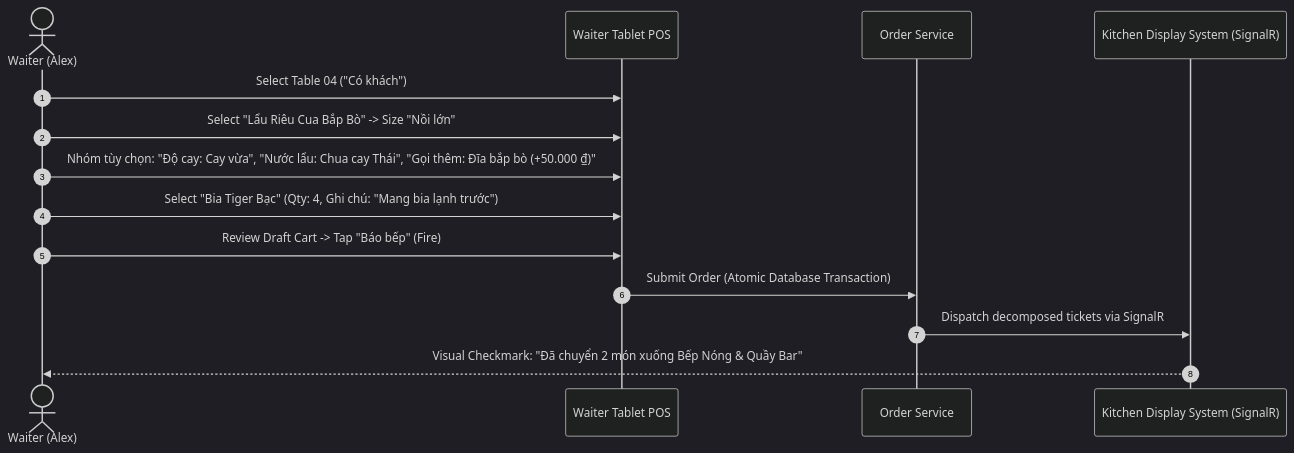
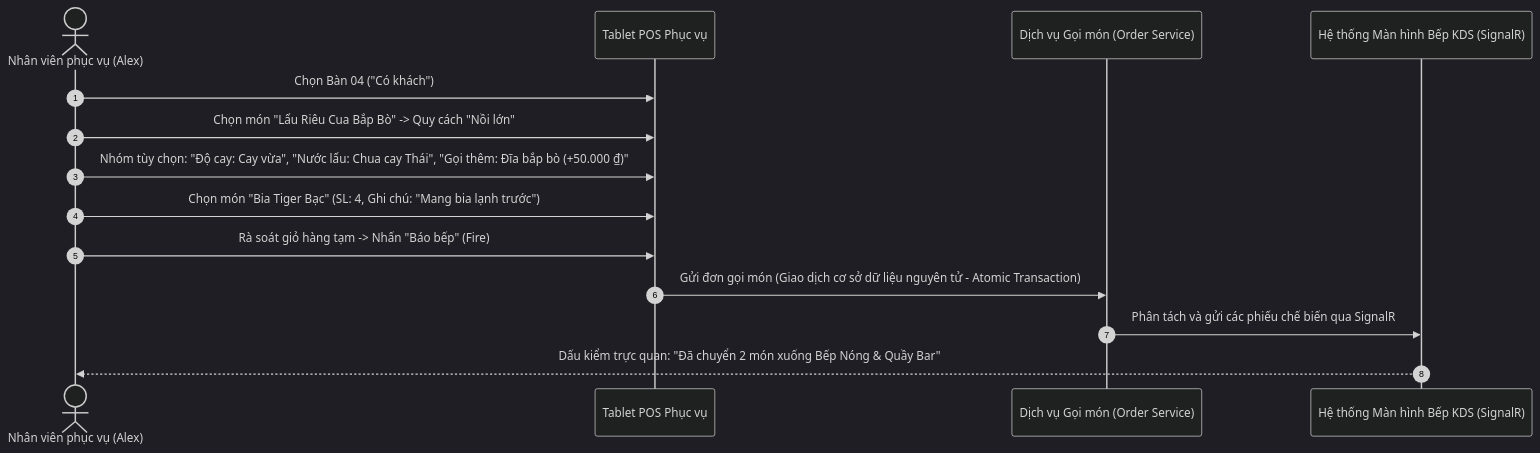
The fourth of 10 diagrams in docs/product/USER-JOURNEYS.md (dieudoanhut2002/SmartRestaurant), drawn with Mermaid (dark theme) before and after one commit. The commit also changed other lines of this file and 40 other files, not shown here.

Commit message:
Điều chỉnh thống nhất nghiệp vụ, Việt hoá các file MD

````diff
--- a/docs/product/USER-JOURNEYS.md
+++ b/docs/product/USER-JOURNEYS.md
@@ -103,17 +103,17 @@
 ```mermaid
 sequenceDiagram
     autonumber
-    actor Waiter as Waiter (Alex)
-    participant POS as Waiter Tablet POS
-    participant API as Order Service
-    participant KDS as Kitchen Display System (SignalR)
+    actor Waiter as Nhân viên phục vụ (Alex)
+    participant POS as Tablet POS Phục vụ
+    participant API as Dịch vụ Gọi món (Order Service)
+    participant KDS as Hệ thống Màn hình Bếp KDS (SignalR)
 
-    Waiter->>POS: Select Table 04 ("Có khách")
-    Waiter->>POS: Select "Lẩu Riêu Cua Bắp Bò" -> Size "Nồi lớn"
+    Waiter->>POS: Chọn Bàn 04 ("Có khách")
+    Waiter->>POS: Chọn món "Lẩu Riêu Cua Bắp Bò" -> Quy cách "Nồi lớn"
     Waiter->>POS: Nhóm tùy chọn: "Độ cay: Cay vừa", "Nước lẩu: Chua cay Thái", "Gọi thêm: Đĩa bắp bò (+50.000 ₫)"
-    Waiter->>POS: Select "Bia Tiger Bạc" (Qty: 4, Ghi chú: "Mang bia lạnh trước")
-    Waiter->>POS: Review Draft Cart -> Tap "Báo bếp" (Fire)
-    POS->>API: Submit Order (Atomic Database Transaction)
-    API->>KDS: Dispatch decomposed tickets via SignalR
-    KDS-->>Waiter: Visual Checkmark: "Đã chuyển 2 món xuống Bếp Nóng & Quầy Bar"
+    Waiter->>POS: Chọn món "Bia Tiger Bạc" (SL: 4, Ghi chú: "Mang bia lạnh trước")
+    Waiter->>POS: Rà soát giỏ hàng tạm -> Nhấn "Báo bếp" (Fire)
+    POS->>API: Gửi đơn gọi món (Giao dịch cơ sở dữ liệu nguyên tử - Atomic Transaction)
+    API->>KDS: Phân tách và gửi các phiếu chế biến qua SignalR
+    KDS-->>Waiter: Dấu kiểm trực quan: "Đã chuyển 2 món xuống Bếp Nóng & Quầy Bar"
 ```
````
